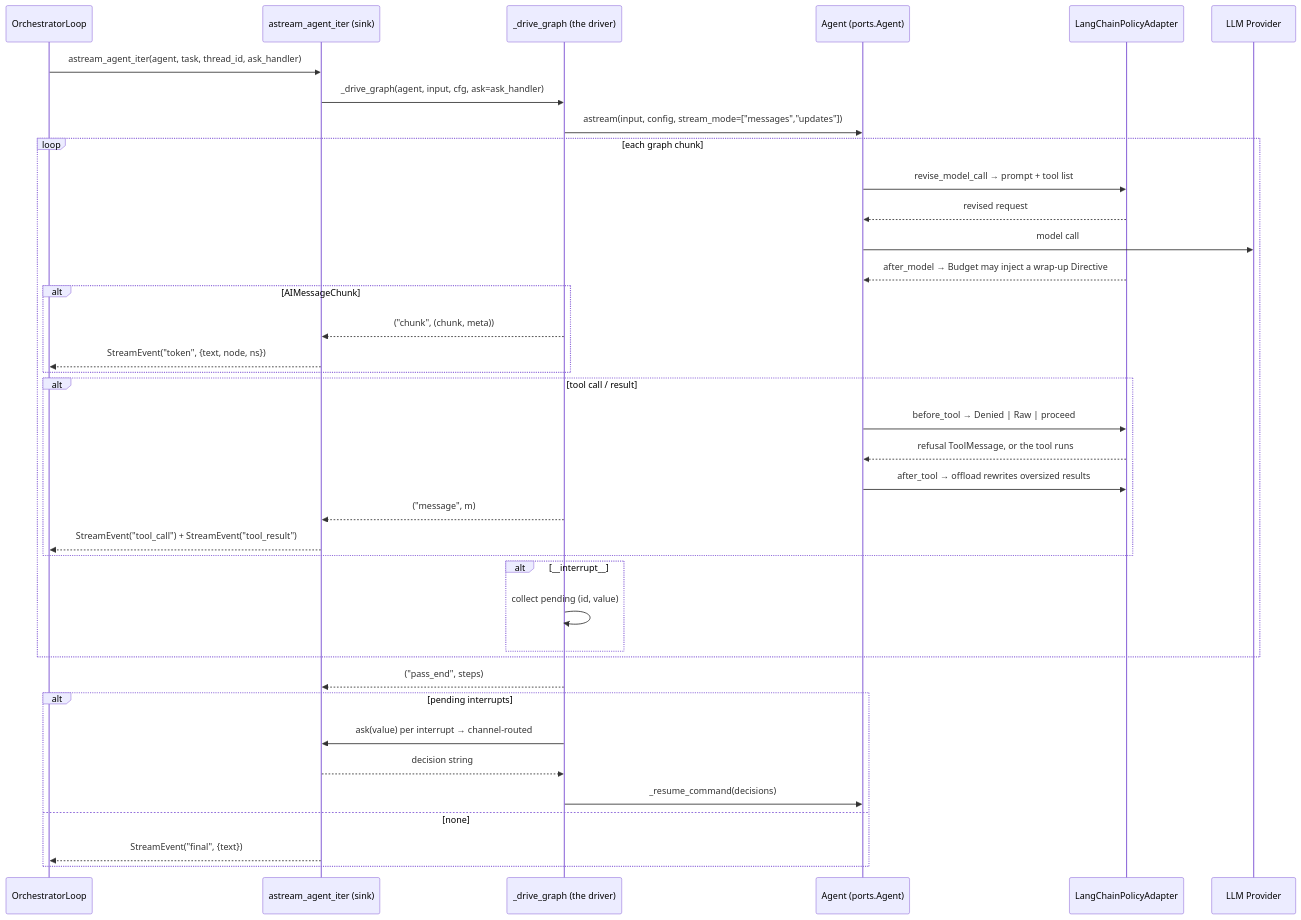
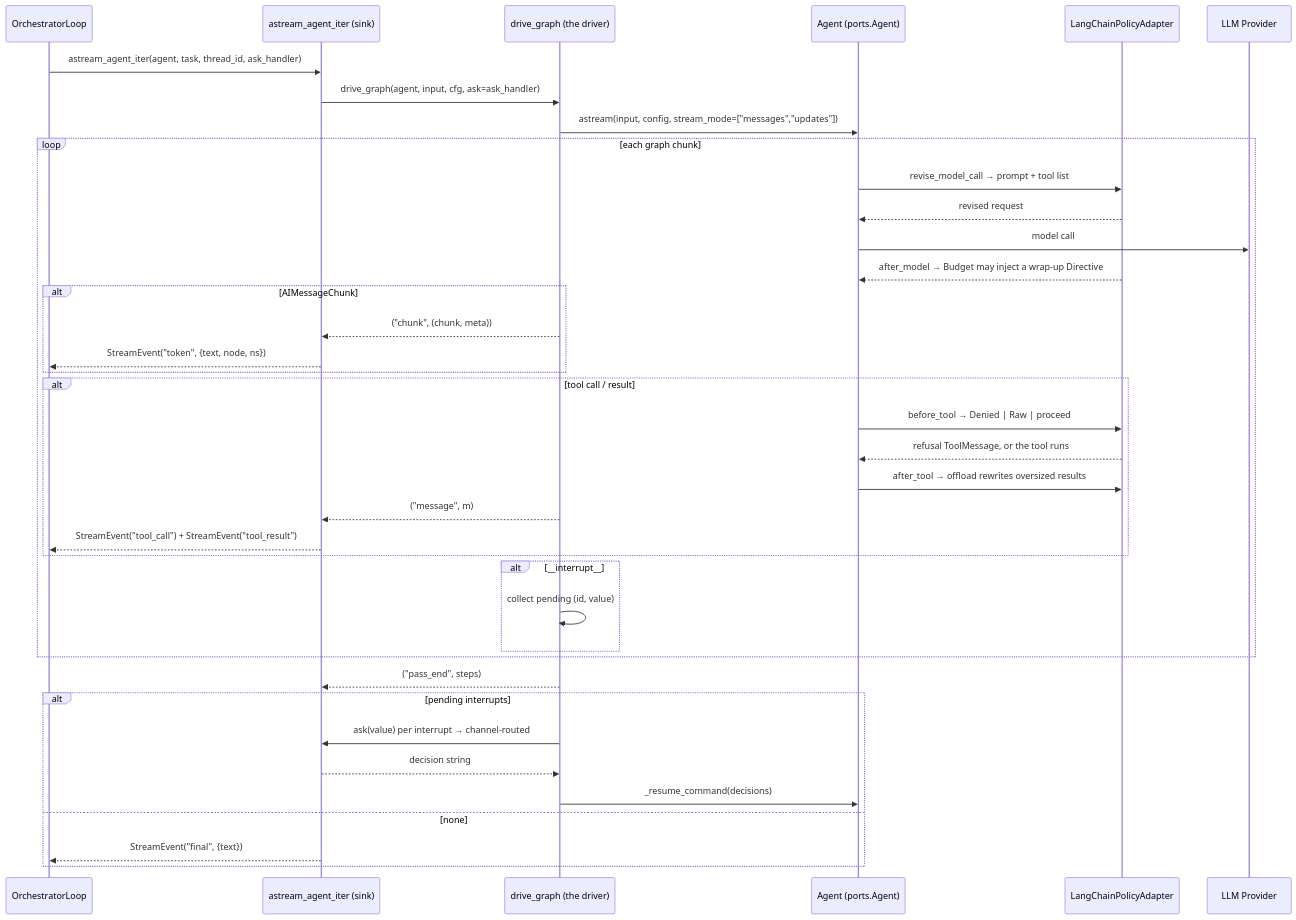
Before and after one commit to Abhinav210310453045/YUYUTSAVA-backend: the seventh of 16 diagrams in docs/architecture/daemon.md, drawn with Mermaid. The commit also changed other lines of this file and 10 other files, not shown here.

First line of the commit message:
refactor(cli): the terminal surface leaves the graph driver

````diff
--- a/docs/architecture/daemon.md
+++ b/docs/architecture/daemon.md
@@ -308,46 +308,46 @@
 ```mermaid
 sequenceDiagram
     participant OL as OrchestratorLoop
     participant Sink as astream_agent_iter (sink)
-    participant Drive as _drive_graph (the driver)
+    participant Drive as drive_graph (the driver)
     participant Graph as Agent (ports.Agent)
     participant Pol as LangChainPolicyAdapter
     participant LLM as LLM Provider
 
     OL->>Sink: astream_agent_iter(agent, task, thread_id, ask_handler)
-    Sink->>Drive: _drive_graph(agent, input, cfg, ask=ask_handler)
+    Sink->>Drive: drive_graph(agent, input, cfg, ask=ask_handler)
     Drive->>Graph: astream(input, config, stream_mode=["messages","updates"])
 
     loop each graph chunk
         Graph->>Pol: revise_model_call → prompt + tool list
         Pol-->>Graph: revised request
         Graph->>LLM: model call
         Pol-->>Graph: after_model → Budget may inject a wrap-up Directive
 
         alt AIMessageChunk
             Drive-->>Sink: ("chunk", (chunk, meta))
             Sink-->>OL: StreamEvent("token", {text, node, ns})
         end
 
         alt tool call / result
             Graph->>Pol: before_tool → Denied | Raw | proceed
             Pol-->>Graph: refusal ToolMessage, or the tool runs
             Graph->>Pol: after_tool → offload rewrites oversized results
             Drive-->>Sink: ("message", m)
             Sink-->>OL: StreamEvent("tool_call") + StreamEvent("tool_result")
         end
 
         alt __interrupt__
             Drive->>Drive: collect pending (id, value)
         end
     end
 
     Drive-->>Sink: ("pass_end", steps)
     alt pending interrupts
         Drive->>Sink: ask(value) per interrupt → channel-routed
         Sink-->>Drive: decision string
         Drive->>Graph: _resume_command(decisions)
     else none
         Sink-->>OL: StreamEvent("final", {text})
     end
 ```
````
